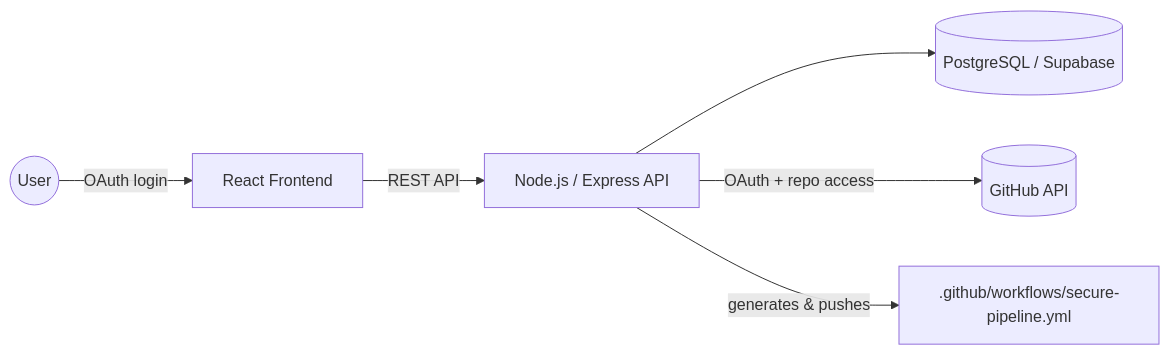
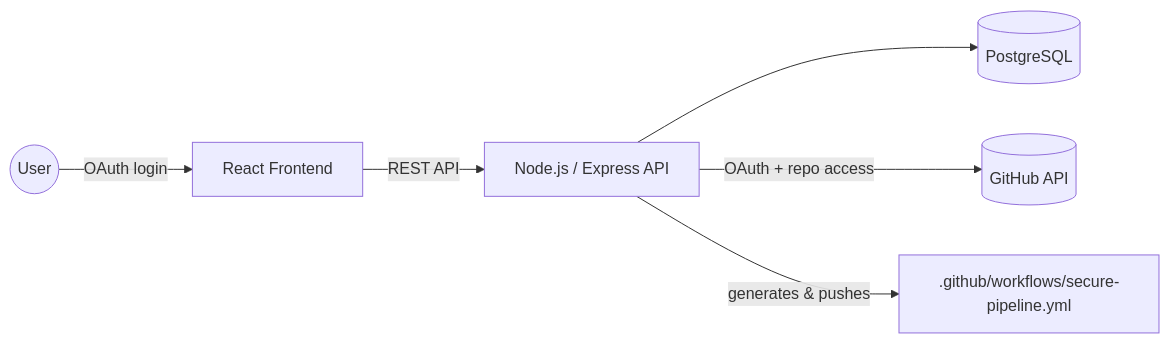
The diagram in README.md (Saif-hadd/Auto-Secure-CI-CD-Generator), drawn with Mermaid before and after one commit. The commit also changed other lines of this file, not shown here.

````diff
--- a/README.md
+++ b/README.md
@@ -78,8 +78,8 @@
 ```mermaid
 flowchart LR
     User((User)) -->|OAuth login| Frontend[React Frontend]
     Frontend -->|REST API| Backend[Node.js / Express API]
-    Backend --> Supabase[(PostgreSQL / Supabase)]
+    Backend --> Postgres[(PostgreSQL)]
     Backend -->|OAuth + repo access| GitHub[(GitHub API)]
     Backend -->|generates & pushes| Pipeline[.github/workflows/secure-pipeline.yml]
 ```
````
